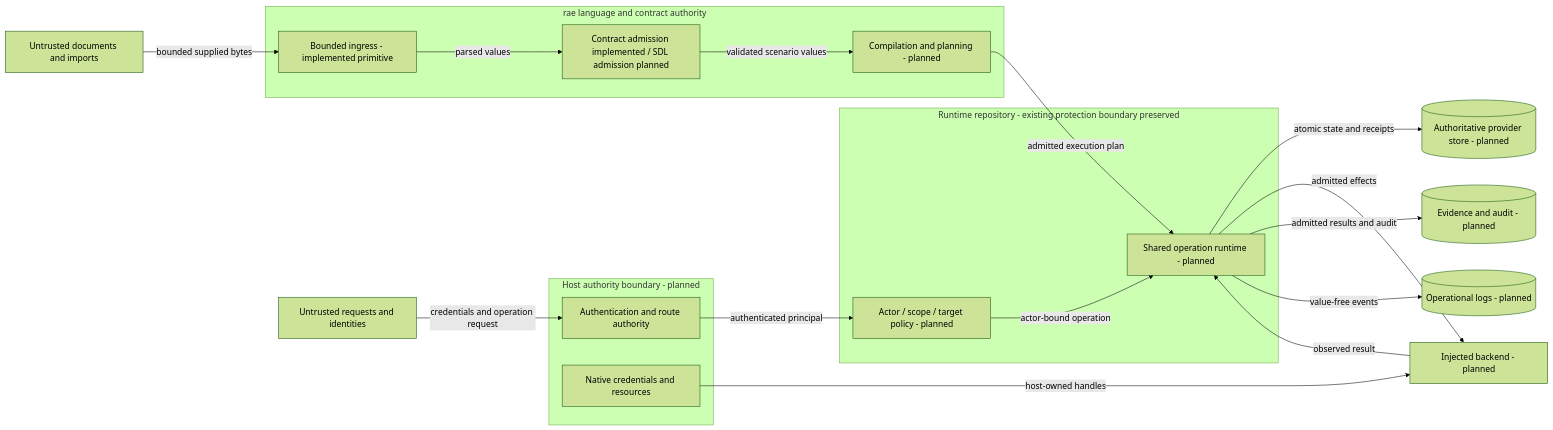
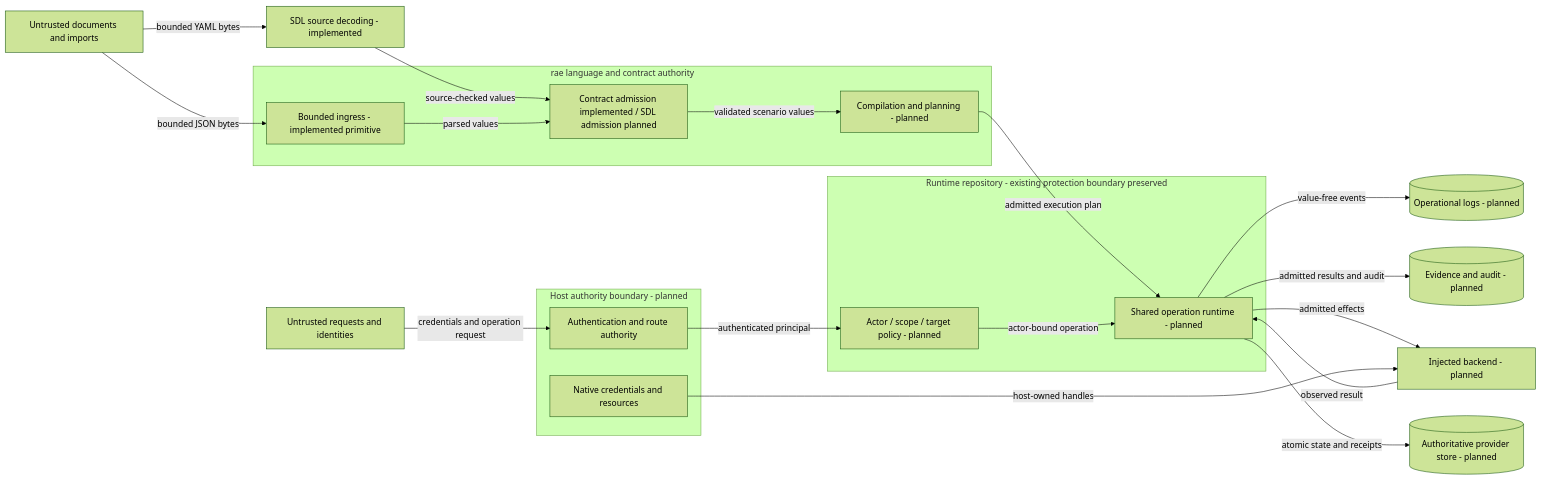
The second of 3 diagrams in docs/develop/go-architecture.md (OpenRAE/rae), drawn with Mermaid (forest theme) before and after one commit. The commit also changed other lines of this file and 20 other files, not shown here.

First line of the commit message:
feat: add bounded SDL source decoding and YAML emission

````diff
--- a/docs/develop/go-architecture.md
+++ b/docs/develop/go-architecture.md
@@ -89,31 +94,33 @@
 ```mermaid
 flowchart LR
     Documents[Untrusted documents and imports]
     Requests[Untrusted requests and identities]
     subgraph Host[Host authority boundary - planned]
         Auth[Authentication and route authority]
         Secrets[Native credentials and resources]
     end
     subgraph Core[rae language and contract authority]
         Ingress[Bounded ingress - implemented primitive]
         Admission[Contract admission implemented / SDL admission planned]
         Plan[Compilation and planning - planned]
     end
     subgraph RuntimeRepo[Runtime repository - existing protection boundary preserved]
         Policy[Actor / scope / target policy - planned]
         Runtime[Shared operation runtime - planned]
     end
-    Documents -->|bounded supplied bytes| Ingress
+    Documents -->|bounded JSON bytes| Ingress
+    Documents -->|bounded YAML bytes| Source[SDL source decoding - implemented]
+    Source -->|source-checked values| Admission
     Ingress -->|parsed values| Admission
     Requests -->|credentials and operation request| Auth
     Auth -->|authenticated principal| Policy
     Admission -->|validated scenario values| Plan
     Plan -->|admitted execution plan| Runtime
     Policy -->|actor-bound operation| Runtime
     Runtime -->|atomic state and receipts| Store[(Authoritative provider store - planned)]
     Runtime -->|admitted effects| Backend[Injected backend - planned]
     Secrets -->|host-owned handles| Backend
     Backend -->|observed result| Runtime
     Runtime -->|admitted results and audit| Evidence[(Evidence and audit - planned)]
     Runtime -->|value-free events| Logs[(Operational logs - planned)]
 ```
````
